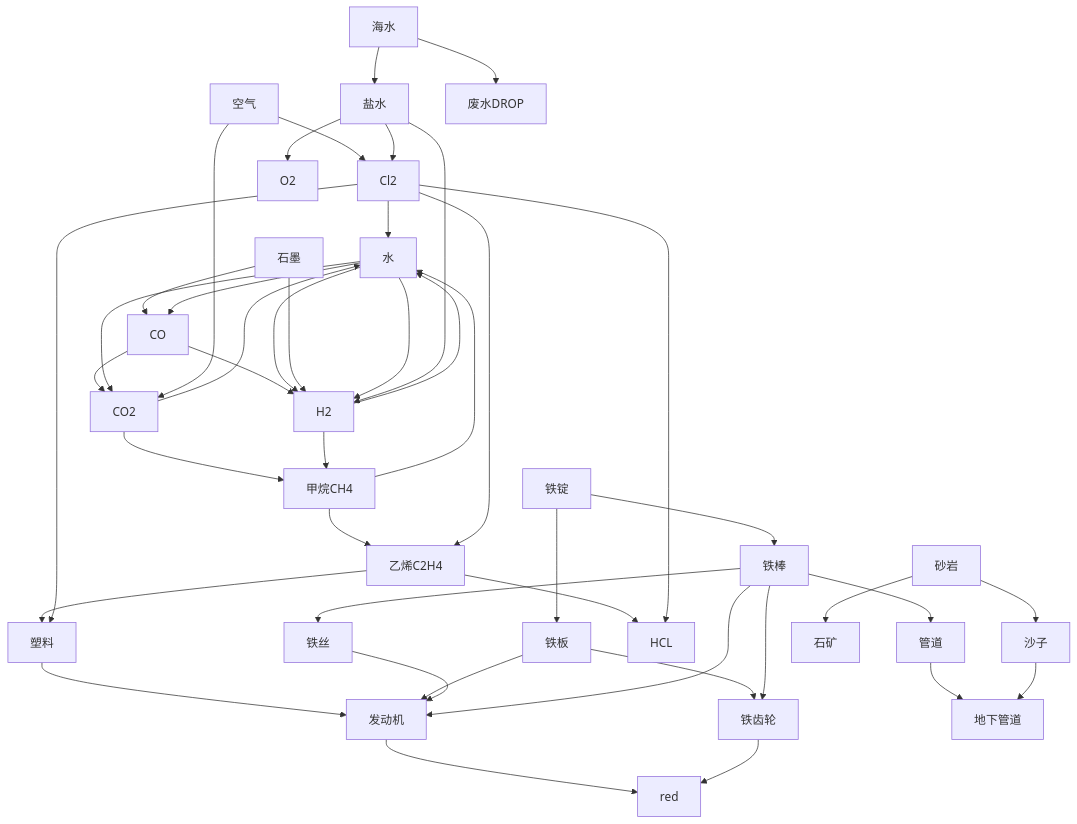
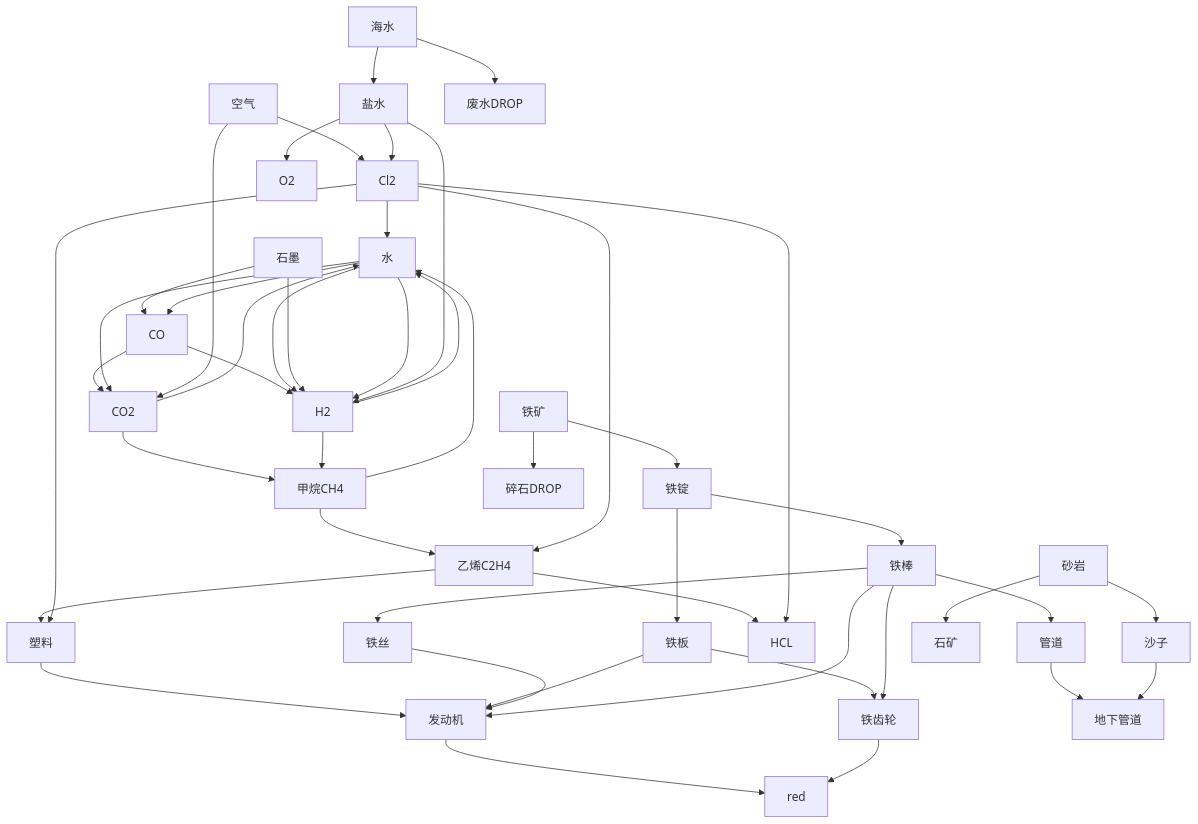
One commit to zerone0x/zerone0x.github.io changed the second of 2 diagrams in content/posts/factorio.md. Above: the diagram before and after it, drawn with Mermaid. The commit also changed other lines of this file, not shown here.

Commit message:
magic for fun

````diff
--- a/content/posts/factorio.md
+++ b/content/posts/factorio.md
@@ -174,47 +174,48 @@
 ```mermaid
 graph TD;
 A[发动机] --> B[red];
 C[铁齿轮] --> B;
 D[塑料] --> A;
 E[铁板] --> A;
 F[铁丝] --> A;
 G[铁棒] --> A;
 H[乙烯C2H4] --> D;
 I[Cl2] --> D;
 H --> J[HCL];
 I --> J;
 K[甲烷CH4] --> H;
 I --> H;
 K --> L[水];
 I --> L;
 M[CO2] --> K;
 N[H2] --> K;
 M --> L;
 N --> L;
 O[CO] --> M;
 L --> M;
 O --> N;
 L --> N;
 P[石墨] --> O;
 L --> O;
 P --> N;
 L --> N;
 Q[空气] --> M[CO2];
 Q --> I[Cl2];
 R[海水] --> S[盐水];
 R --> T[废水DROP];
 S --> I[Cl2];
 S --> N[H2];
 S --> U[O2];
+AD[铁矿] --> V;
+AD --> AE[碎石DROP];
 V[铁锭] --> E;
 V --> G;
 G --> F;
 E --> C;
 G --> C;
 G --> Y[管道];
 Y --> Z[地下管道];
 AA[沙子] --> Z;
 AB[砂岩] --> AA;
 AB --> AC[石矿];
-
 ```
````
